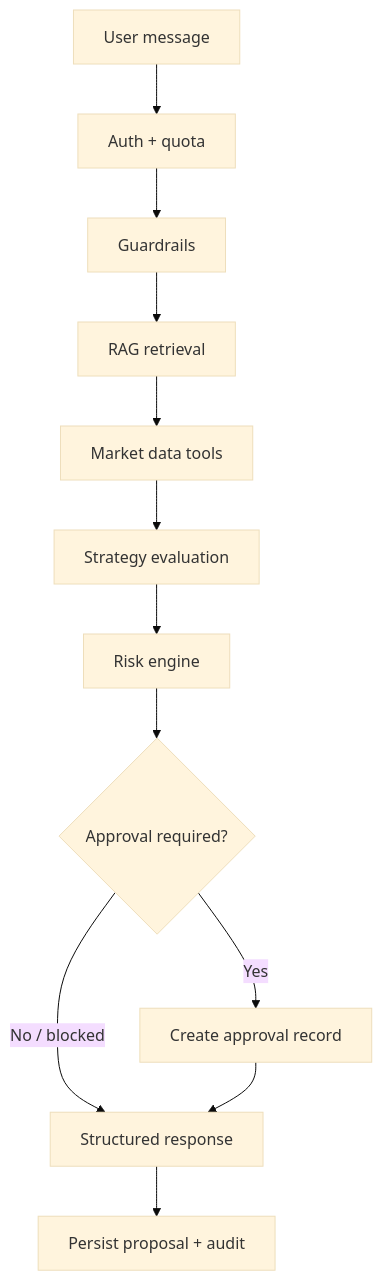
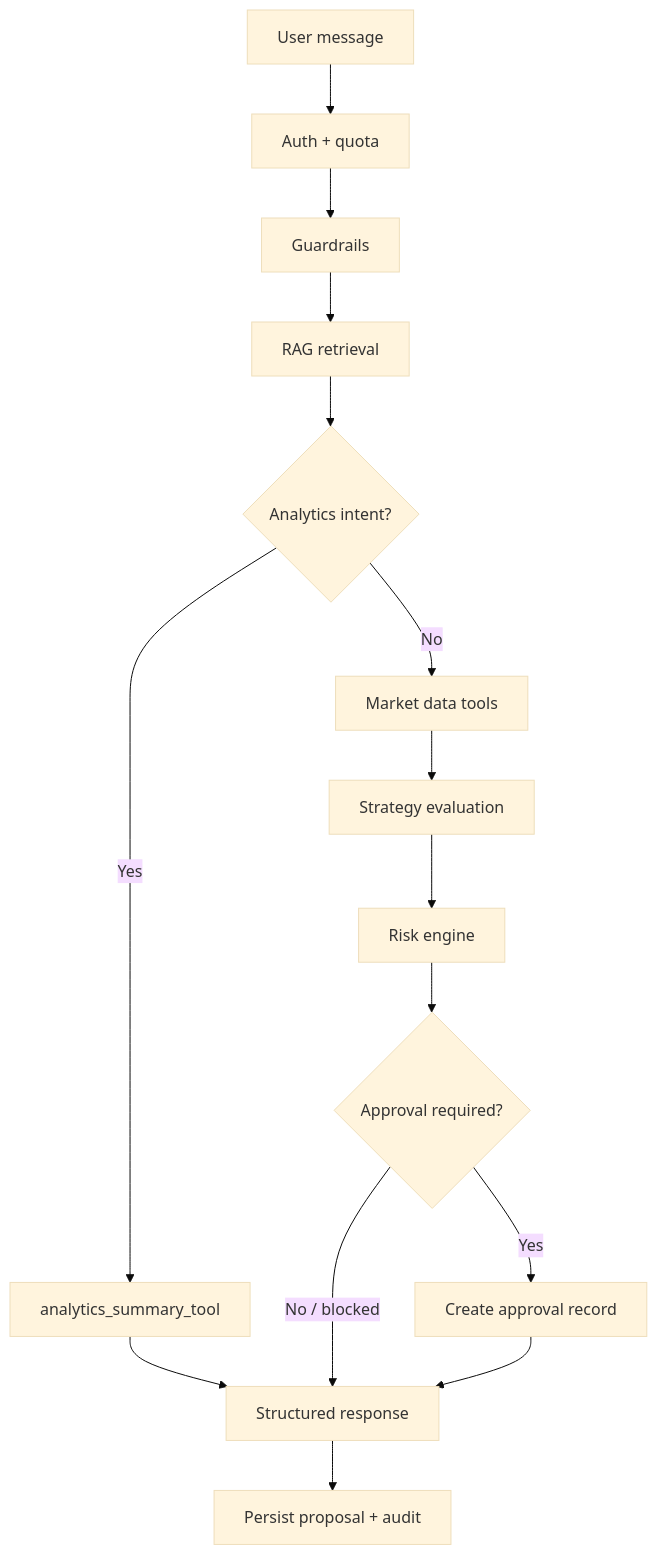
One commit to Fejjii/AlphaTrade-AI changed the diagram in docs/agent_workflow.md. Above: the diagram before and after it, drawn with Mermaid (base theme). The commit also changed other lines of this file and 45 other files, not shown here.

````diff
--- a/docs/agent_workflow.md
+++ b/docs/agent_workflow.md
@@ -7,14 +7,17 @@
 ```mermaid
 flowchart TD
   A[User message] --> B[Auth + quota]
   B --> C[Guardrails]
   C --> D[RAG retrieval]
-  D --> E[Market data tools]
+  D --> D2{Analytics intent?}
+  D2 -->|Yes| D3[analytics_summary_tool]
+  D2 -->|No| E[Market data tools]
+  D3 --> J
   E --> F[Strategy evaluation]
   F --> G[Risk engine]
   G --> H{Approval required?}
   H -->|Yes| I[Create approval record]
   H -->|No / blocked| J[Structured response]
   I --> J
   J --> K[Persist proposal + audit]
 ```
````
